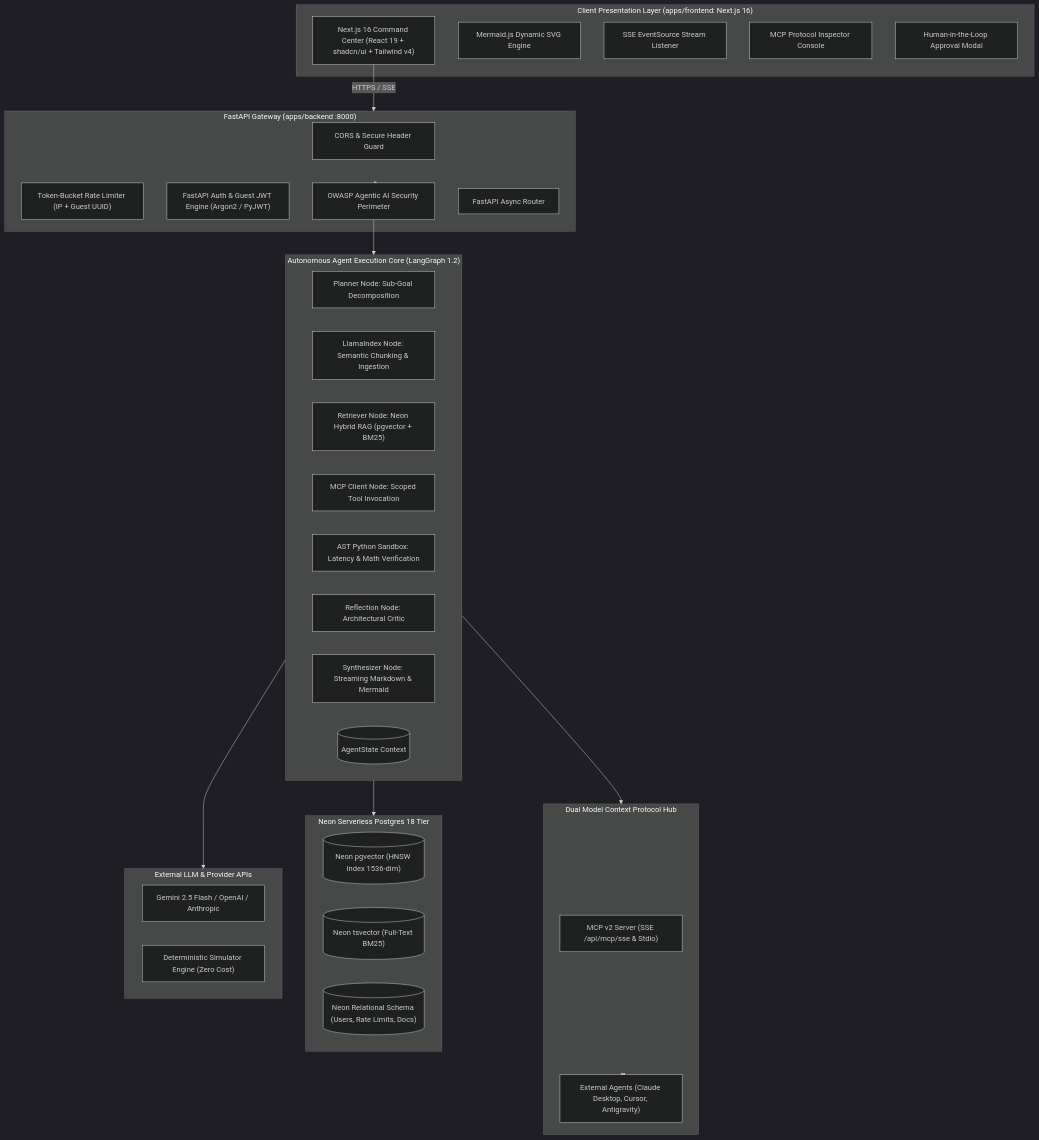
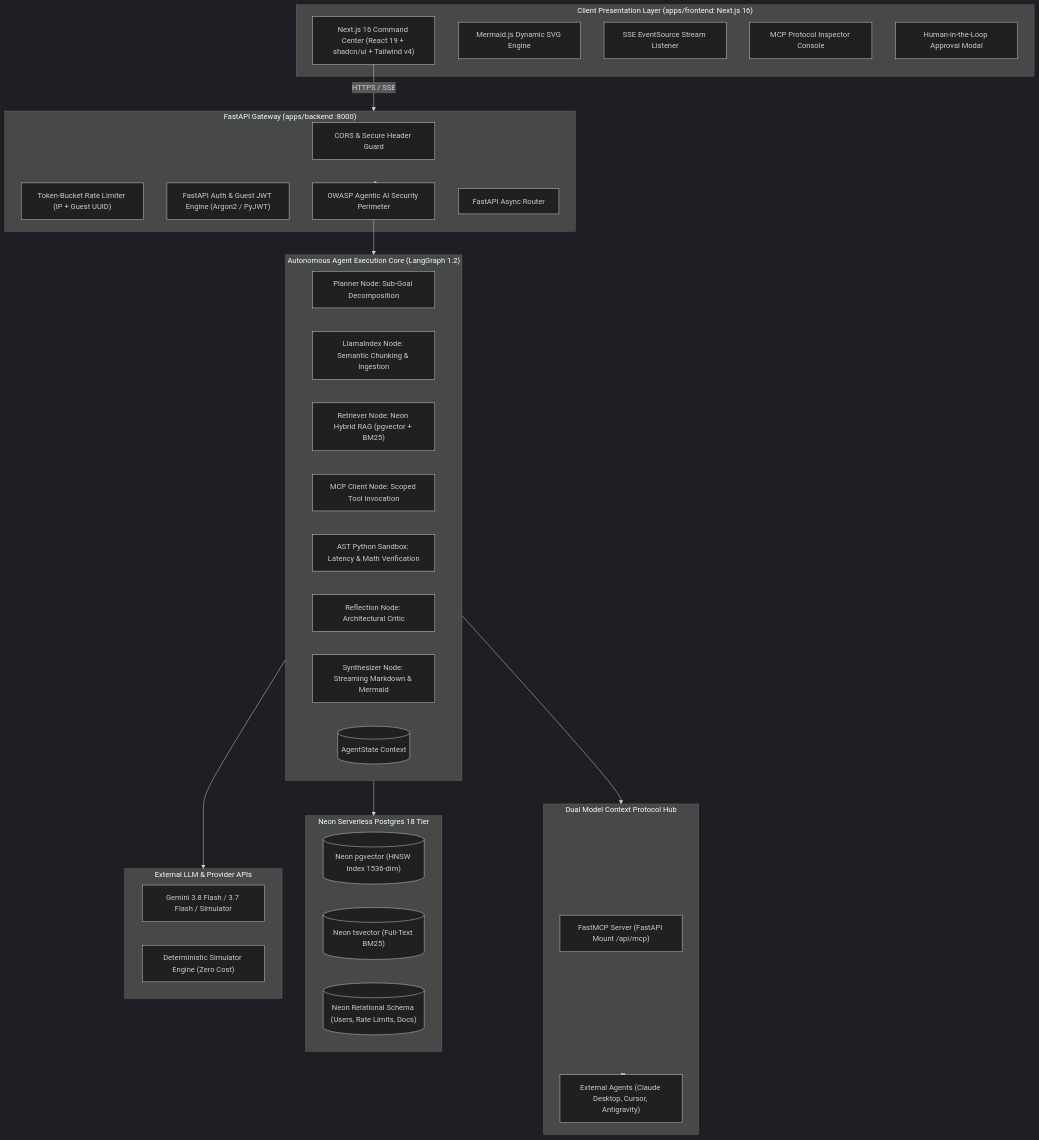
One commit to Avinaba-Mazumdar/nexusagent-oss changed the first of 2 diagrams in target/ARCHITECTURE.md. Above: the diagram before and after it, drawn with Mermaid (dark theme). The commit also changed other lines of this file and 3 other files, not shown here.

Commit message:
docs(target): sync specs with FastMCP, Gemini 3.x, and benchmark corpus

````diff
--- a/target/ARCHITECTURE.md
+++ b/target/ARCHITECTURE.md
@@ -106,53 +106,53 @@
 ```mermaid
 graph TB
     subgraph ClientLayer ["Client Presentation Layer (apps/frontend: Next.js 16)"]
         UI["Next.js 16 Command Center (React 19 + shadcn/ui + Tailwind v4)"]
         MermaidRender["Mermaid.js Dynamic SVG Engine"]
         SSEClient["SSE EventSource Stream Listener"]
         MCPInspectorUI["MCP Protocol Inspector Console"]
         HITLModal["Human-in-the-Loop Approval Modal"]
     end
 
     subgraph GatewayLayer ["FastAPI Gateway (apps/backend :8000)"]
         CORS["CORS & Secure Header Guard"]
         RateLimiter["Token-Bucket Rate Limiter (IP + Guest UUID)"]
         AuthModule["FastAPI Auth & Guest JWT Engine (Argon2 / PyJWT)"]
         OWASPShield["OWASP Agentic AI Security Perimeter"]
         Router["FastAPI Async Router"]
     end
 
     subgraph AgentCore ["Autonomous Agent Execution Core (LangGraph 1.2)"]
         PlannerNode["Planner Node: Sub-Goal Decomposition"]
         LlamaParser["LlamaIndex Node: Semantic Chunking & Ingestion"]
         RetrieverNode["Retriever Node: Neon Hybrid RAG (pgvector + BM25)"]
         MCPNode["MCP Client Node: Scoped Tool Invocation"]
         SandboxNode["AST Python Sandbox: Latency & Math Verification"]
         ReflectionNode["Reflection Node: Architectural Critic"]
         SynthesizerNode["Synthesizer Node: Streaming Markdown & Mermaid"]
         GraphState[("AgentState Context")]
     end
 
     subgraph MCPHub ["Dual Model Context Protocol Hub"]
-        MCPServer["MCP v2 Server (SSE /api/mcp/sse & Stdio)"]
+        MCPServer["FastMCP Server (FastAPI Mount /api/mcp)"]
         ExternalClients["External Agents (Claude Desktop, Cursor, Antigravity)"]
     end
 
     subgraph NeonDataLayer ["Neon Serverless Postgres 18 Tier"]
         PgVectorStore[("Neon pgvector (HNSW Index 1536-dim)")]
         PgLexicalStore[("Neon tsvector (Full-Text BM25)")]
         NeonRelationalStore[("Neon Relational Schema (Users, Rate Limits, Docs)")]
     end
 
     subgraph ExternalServices ["External LLM & Provider APIs"]
-        GeminiFlash["Gemini 2.5 Flash / OpenAI / Anthropic"]
+        GeminiFlash["Gemini 3.8 Flash / 3.7 Flash / Simulator"]
         SimEngine["Deterministic Simulator Engine (Zero Cost)"]
     end
 
     UI -->|HTTPS / SSE| GatewayLayer
     GatewayLayer --> OWASPShield
     OWASPShield --> AgentCore
     AgentCore --> MCPHub
     AgentCore --> NeonDataLayer
     AgentCore --> ExternalServices
     MCPHub <--> ExternalClients
 ```
````
